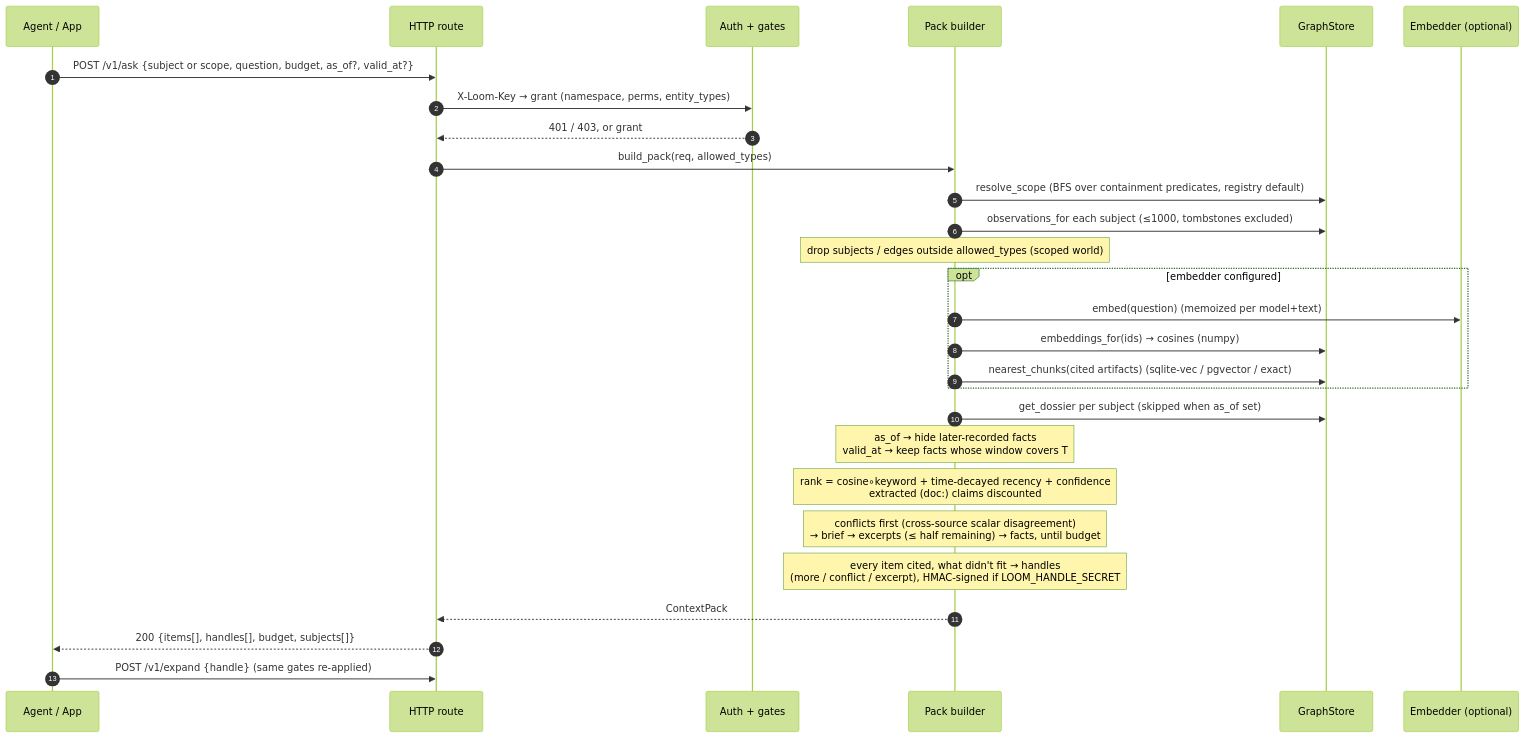
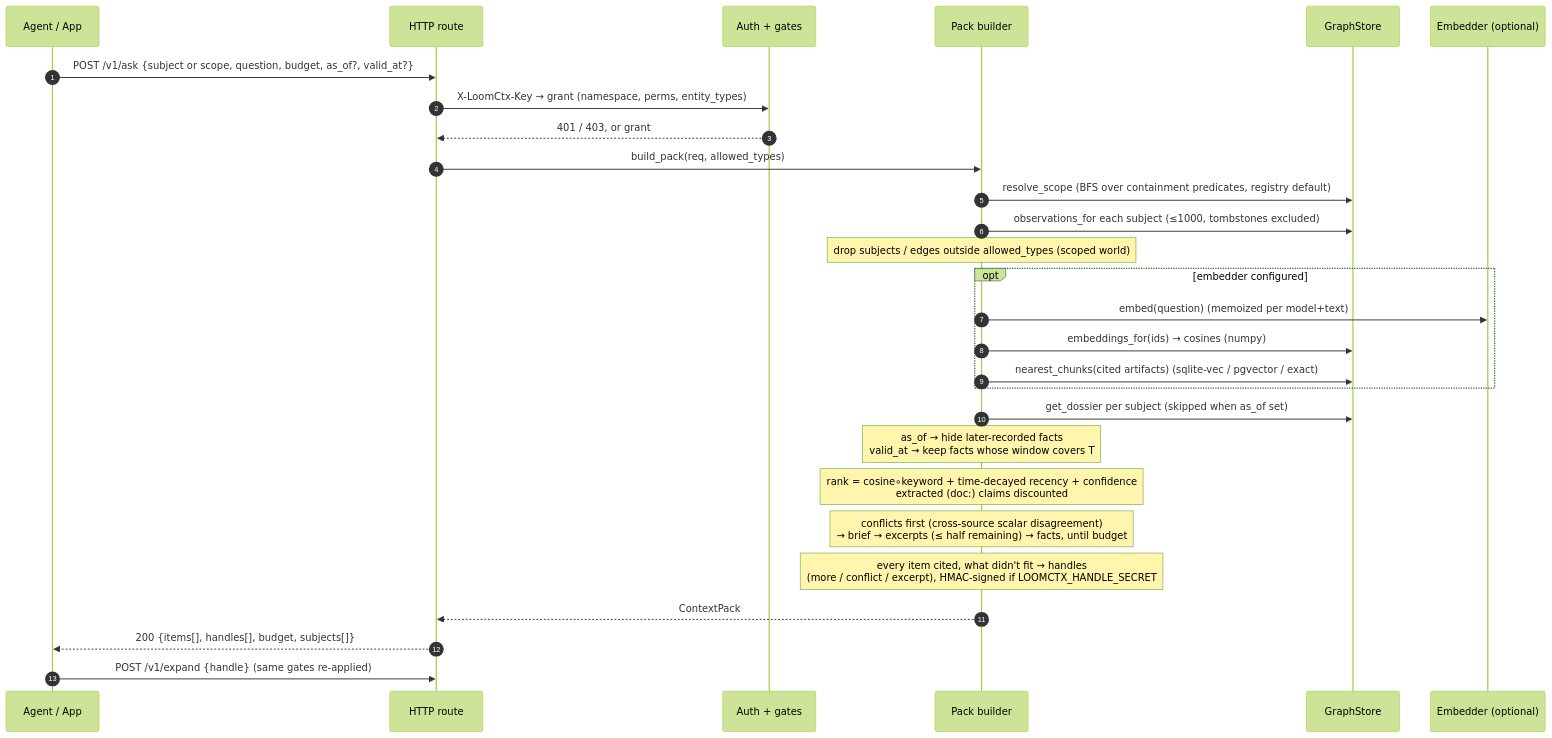
The fourth of 5 diagrams in docs/infrastructure.md (seahop/loomctx), drawn with Mermaid (forest theme) before and after one commit. The commit also changed other lines of this file and 266 other files, not shown here.

First line of the commit message:
refactor: rename the project to LoomCtx (D-088)

````diff
--- a/docs/infrastructure.md
+++ b/docs/infrastructure.md
@@ -172,31 +172,31 @@
 ```mermaid
 sequenceDiagram
     autonumber
     participant A as Agent / App
     participant H as HTTP route
     participant G as Auth + gates
     participant P as Pack builder
     participant S as GraphStore
     participant E as Embedder (optional)
 
     A->>H: POST /v1/ask {subject or scope, question, budget, as_of?, valid_at?}
-    H->>G: X-Loom-Key → grant (namespace, perms, entity_types)
+    H->>G: X-LoomCtx-Key → grant (namespace, perms, entity_types)
     G-->>H: 401 / 403, or grant
     H->>P: build_pack(req, allowed_types)
     P->>S: resolve_scope (BFS over containment predicates, registry default)
     P->>S: observations_for each subject (≤1000, tombstones excluded)
     Note over P: drop subjects / edges outside allowed_types (scoped world)
     opt embedder configured
         P->>E: embed(question)  (memoized per model+text)
         P->>S: embeddings_for(ids) → cosines (numpy)
         P->>S: nearest_chunks(cited artifacts)  (sqlite-vec / pgvector / exact)
     end
     P->>S: get_dossier per subject (skipped when as_of set)
     Note over P: as_of → hide later-recorded facts<br/>valid_at → keep facts whose window covers T
     Note over P: rank = cosine∘keyword + time-decayed recency + confidence<br/>extracted (doc:) claims discounted
     Note over P: conflicts first (cross-source scalar disagreement)<br/>→ brief → excerpts (≤ half remaining) → facts, until budget
-    Note over P: every item cited, what didn't fit → handles<br/>(more / conflict / excerpt), HMAC-signed if LOOM_HANDLE_SECRET
+    Note over P: every item cited, what didn't fit → handles<br/>(more / conflict / excerpt), HMAC-signed if LOOMCTX_HANDLE_SECRET
     P-->>H: ContextPack
     H-->>A: 200 {items[], handles[], budget, subjects[]}
     A->>H: POST /v1/expand {handle}  (same gates re-applied)
 ```
````
